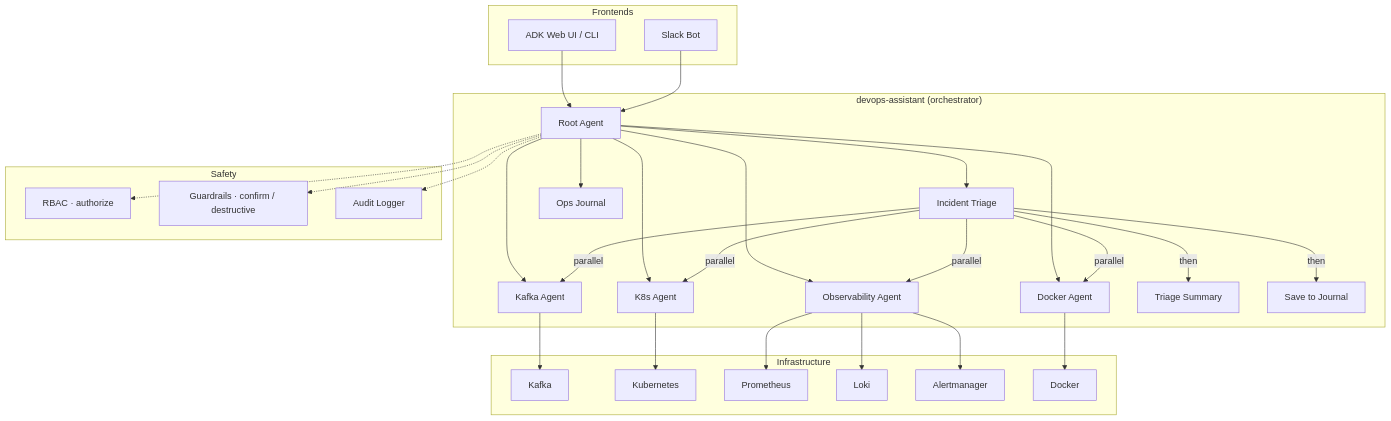
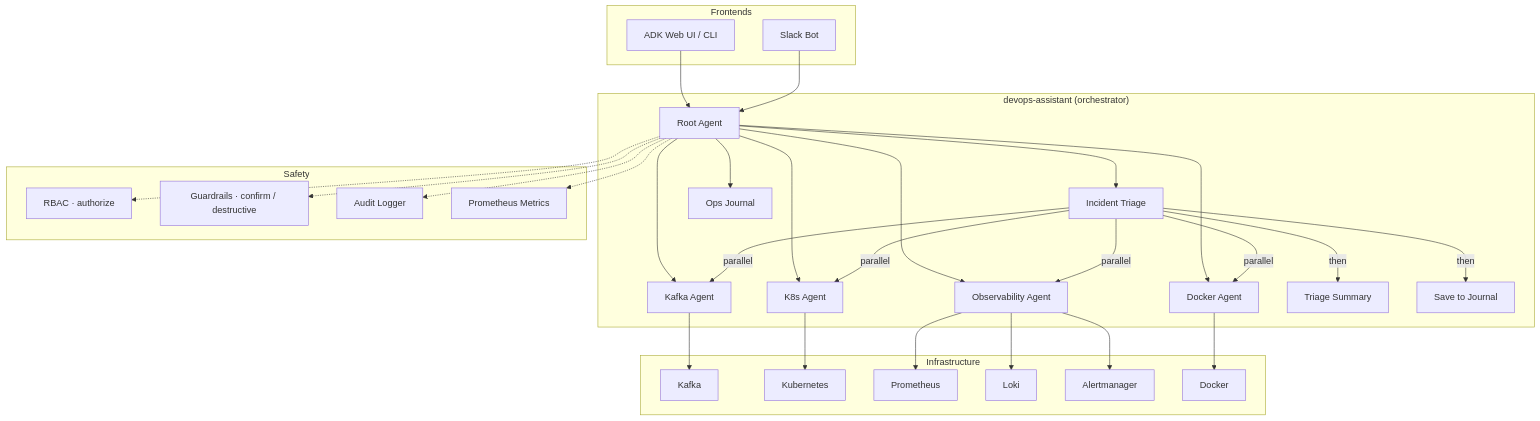
The diagram in README.md (BAHALLA/devops-agents), drawn with Mermaid before and after one commit. The commit also changed other lines of this file and 17 other files, not shown here.

First line of the commit message:
Add Prometheus metrics instrumentation for all agents

````diff
--- a/README.md
+++ b/README.md
@@ -24,55 +25,57 @@
 ```mermaid
 graph TB
     subgraph Frontends
         WEB[ADK Web UI / CLI]
         SLACK[Slack Bot]
     end
 
     subgraph "devops-assistant (orchestrator)"
         ROOT[Root Agent]
         TRIAGE[Incident Triage]
 
         ROOT --> KAFKA[Kafka Agent]
         ROOT --> K8S[K8s Agent]
         ROOT --> OBS[Observability Agent]
         ROOT --> DOCKER[Docker Agent]
         ROOT --> JOURNAL[Ops Journal]
         ROOT --> TRIAGE
 
         TRIAGE -->|parallel| KAFKA
         TRIAGE -->|parallel| K8S
         TRIAGE -->|parallel| DOCKER
         TRIAGE -->|parallel| OBS
         TRIAGE -->|then| SUMMARIZE[Triage Summary]
         TRIAGE -->|then| SAVE[Save to Journal]
     end
 
     subgraph Safety
         RBAC[RBAC · authorize]
         GUARD[Guardrails · confirm / destructive]
         AUDIT[Audit Logger]
+        METRICS[Prometheus Metrics]
     end
 
     subgraph Infrastructure
         KF[Kafka]
         KU[Kubernetes]
         PR[Prometheus]
         LO[Loki]
         AM[Alertmanager]
         DK[Docker]
     end
 
     WEB --> ROOT
     SLACK --> ROOT
 
     KAFKA --> KF
     K8S --> KU
     OBS --> PR
     OBS --> LO
     OBS --> AM
     DOCKER --> DK
 
     ROOT -.-> RBAC
     ROOT -.-> GUARD
     ROOT -.-> AUDIT
+    ROOT -.-> METRICS
 ```
````
